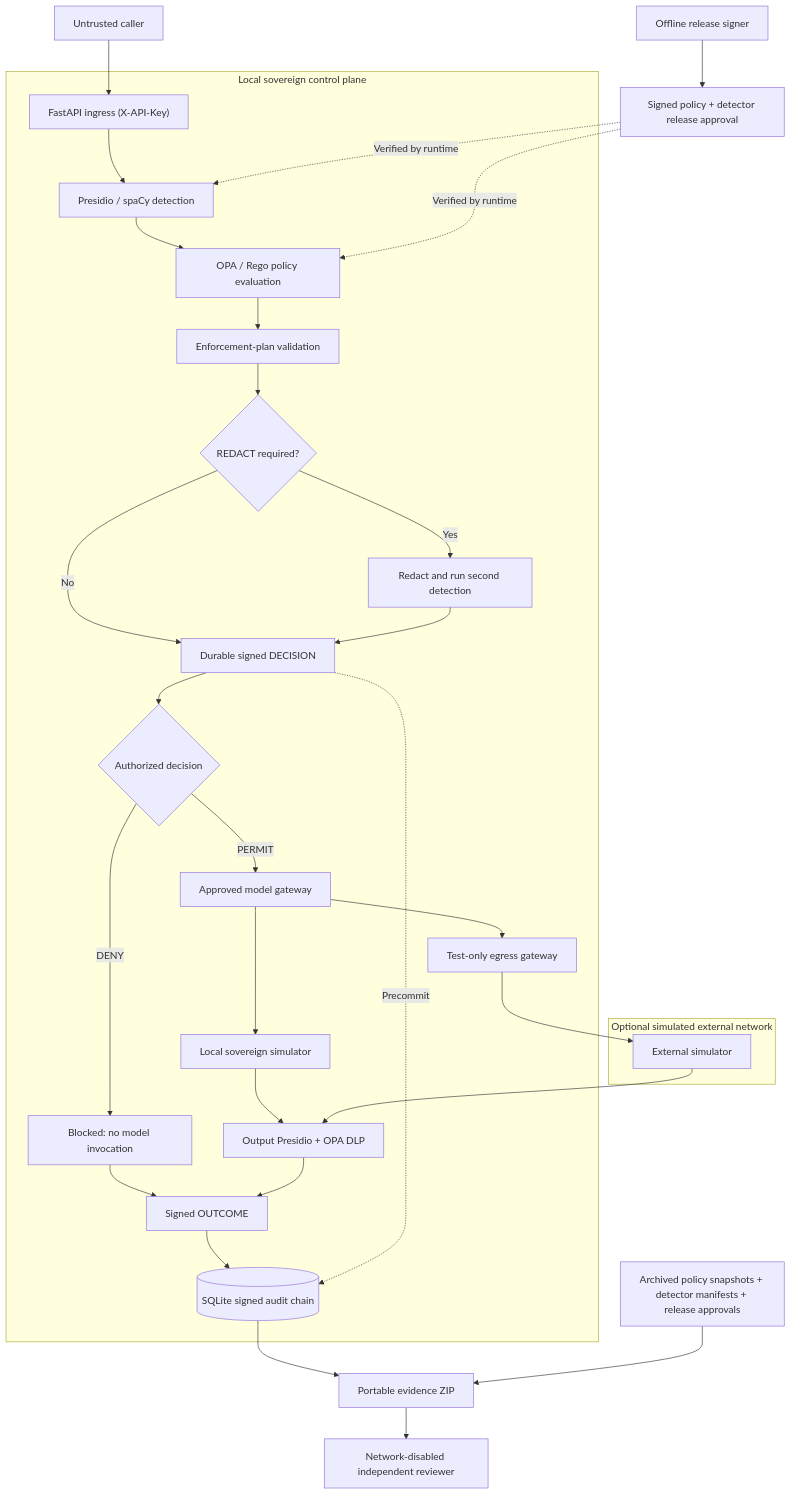
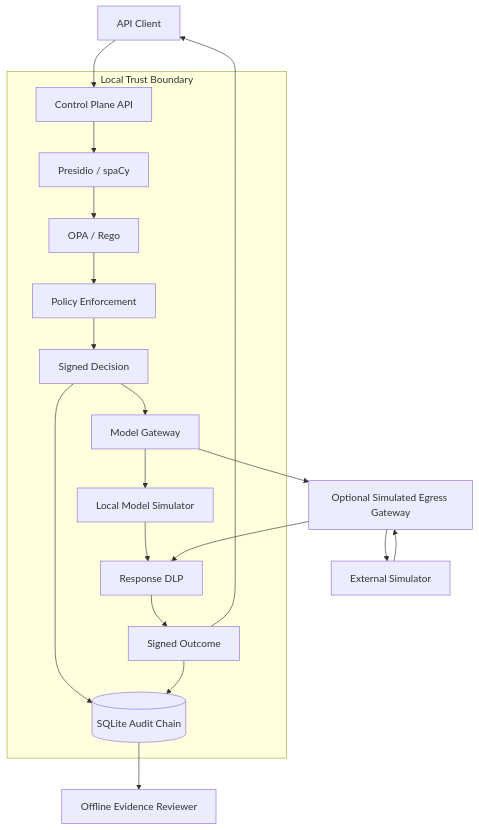
The diagram in README.md (IlyaMich/sovereign-ai-control-plane), drawn with Mermaid before and after one commit. The commit also changed other lines of this file and 4 other files, not shown here.

````diff
--- a/README.md
+++ b/README.md
@@ -27,38 +159,24 @@
 ```mermaid
 flowchart TD
-    Caller["Untrusted caller"] --> API["FastAPI ingress (X-API-Key)"]
+    Client[API Client] --> API[Control Plane API]
 
-    subgraph Control["Local sovereign control plane"]
-        API --> Detector["Presidio / spaCy detection"]
-        Detector --> Policy["OPA / Rego policy evaluation"]
-        Policy --> Planner["Enforcement-plan validation"]
-        Planner --> Redact{"REDACT required?"}
-        Redact -- Yes --> Verify["Redact and run second detection"]
-        Redact -- No --> Decision["Durable signed DECISION"]
-        Verify --> Decision
-        Decision --> Effect{"Authorized decision"}
-        Effect -- DENY --> Blocked["Blocked: no model invocation"]
-        Effect -- PERMIT --> Router["Approved model gateway"]
-        Router --> Local["Local sovereign simulator"]
-        Router --> Egress["Test-only egress gateway"]
-        Local --> Inspect["Output Presidio + OPA DLP"]
-        Blocked --> Outcome["Signed OUTCOME"]
-        Outcome --> Audit[("SQLite signed audit chain")]
-        Decision -. "Precommit" .-> Audit
+    subgraph Local["Local Trust Boundary"]
+        API --> Detection[Presidio / spaCy]
+        Detection --> Policy[OPA / Rego]
+        Policy --> Enforcement[Policy Enforcement]
+        Enforcement --> Audit[Signed Decision]
+        Audit --> Router[Model Gateway]
+        Router --> Model[Local Model Simulator]
+        Model --> Output[Response DLP]
+        Output --> Outcome[Signed Outcome]
+        Audit --> DB[(SQLite Audit Chain)]
+        Outcome --> DB
     end
 
-    subgraph TestNetwork["Optional simulated external network"]
-        External["External simulator"]
-    end
-    Egress --> External
-    External --> Inspect
-    Inspect --> Outcome
-
-    Signer["Offline release signer"] --> Approval["Signed policy + detector release approval"]
-    Approval -. "Verified by runtime" .-> Policy
-    Approval -. "Verified by runtime" .-> Detector
-
-    Audit --> Bundle["Portable evidence ZIP"]
-    Artifacts["Archived policy snapshots + detector manifests + release approvals"] --> Bundle
-    Bundle --> Reviewer["Network-disabled independent reviewer"]
+    Outcome --> Client
+    Router --> Egress[Optional Simulated Egress Gateway]
+    Egress --> External[External Simulator]
+    External --> Egress
+    Egress --> Output
+    DB --> Reviewer[Offline Evidence Reviewer]
 ```
````
